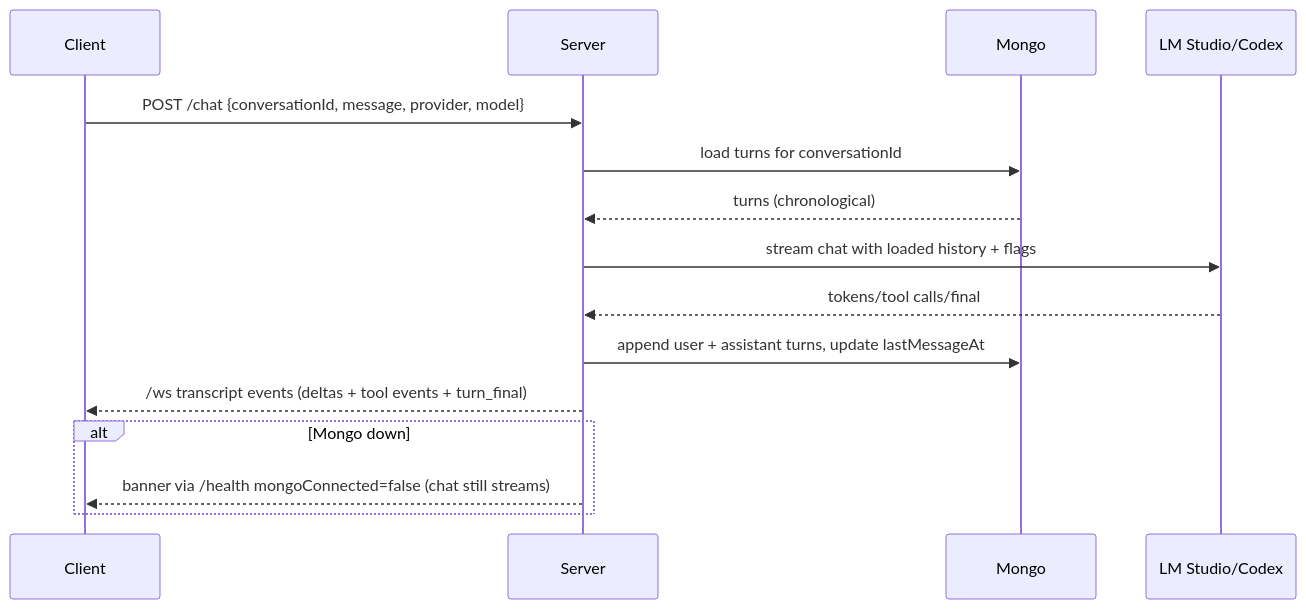
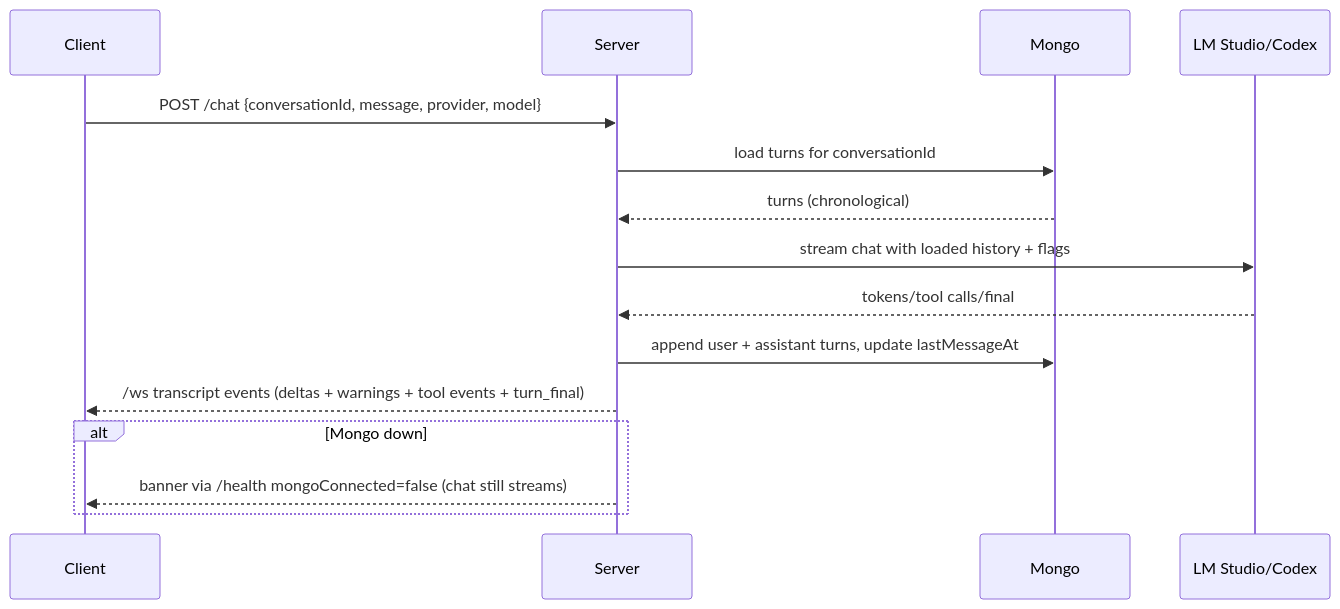
The second of 41 diagrams in design.md (Chargeuk/codeInfo2), drawn with Mermaid before and after one commit. The commit also changed other lines of this file and 11 other files, not shown here.

````diff
--- a/design.md
+++ b/design.md
@@ -50,18 +50,18 @@
 ```mermaid
 sequenceDiagram
   participant Client
   participant Server
   participant Mongo
   participant Provider as LM Studio/Codex
 
   Client->>Server: POST /chat {conversationId, message, provider, model}
   Server->>Mongo: load turns for conversationId
   Mongo-->>Server: turns (chronological)
   Server->>Provider: stream chat with loaded history + flags
   Provider-->>Server: tokens/tool calls/final
   Server->>Mongo: append user + assistant turns, update lastMessageAt
-  Server-->>Client: /ws transcript events (deltas + tool events + turn_final)
+  Server-->>Client: /ws transcript events (deltas + warnings + tool events + turn_final)
   alt Mongo down
     Server-->>Client: banner via /health mongoConnected=false (chat still streams)
 end
 ```
````
